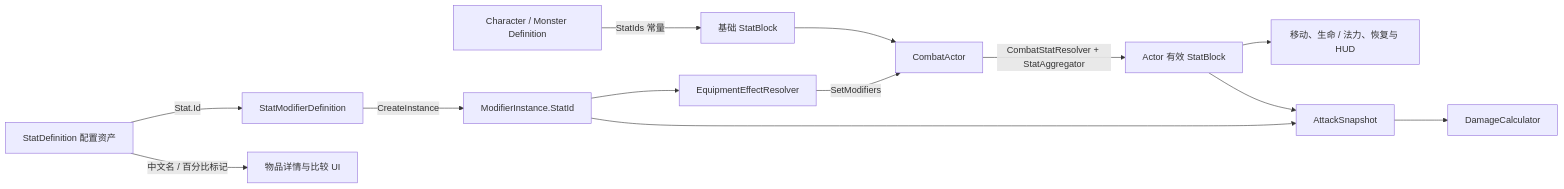
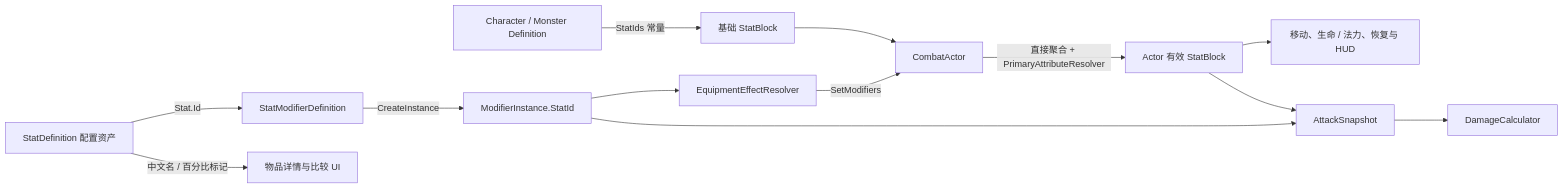
One commit to IshmaelHeathcliff/DarkFlare changed the diagram in Docs/docs/stat-system.md. Above: the diagram before and after it, drawn with Mermaid. The commit also changed other lines of this file and 105 other files, not shown here.

````diff
--- a/Docs/docs/stat-system.md
+++ b/Docs/docs/stat-system.md
@@ -11,15 +11,15 @@
 ```mermaid
 flowchart LR
   A["StatDefinition 配置资产"] -->|"Stat.Id"| B["StatModifierDefinition"]
   B -->|"CreateInstance"| C["ModifierInstance.StatId"]
   D["Character / Monster Definition"] -->|"StatIds 常量"| E["基础 StatBlock"]
   C --> F["EquipmentEffectResolver"]
   E --> G["CombatActor"]
   F -->|"SetModifiers"| G
-  G -->|"CombatStatResolver + StatAggregator"| H["Actor 有效 StatBlock"]
+  G -->|"直接聚合 + PrimaryAttributeResolver"| H["Actor 有效 StatBlock"]
   H --> I["移动、生命 / 法力、恢复与 HUD"]
   H --> J["AttackSnapshot"]
   C --> J
   J --> K["DamageCalculator"]
   A -->|"中文名 / 百分比标记"| L["物品详情与比较 UI"]
 ```
````
